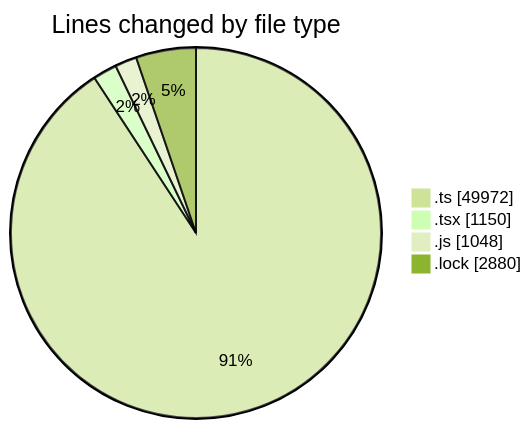
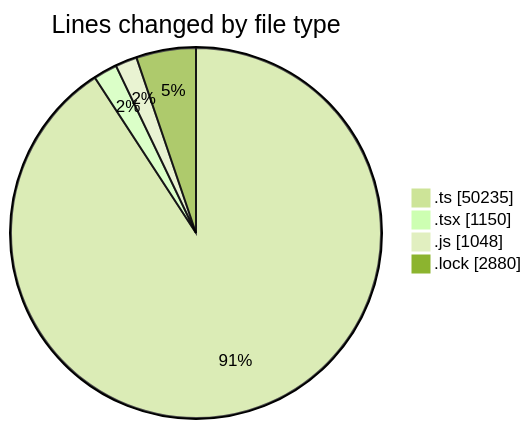
The first of 2 diagrams in 2026-09-11/cda/README.md (momahboobian/code-tracking), drawn with Mermaid (forest theme) before and after one commit. The commit also changed other lines of this file and 1 other file, not shown here.

````diff
--- a/2026-09-11/cda/README.md
+++ b/2026-09-11/cda/README.md
@@ -47,8 +47,8 @@
 ```mermaid
 pie showData
 title Lines changed by file type
-".ts" : 49972
+".ts" : 50235
 ".tsx" : 1150
 ".js" : 1048
 ".lock" : 2880
 ```
````
